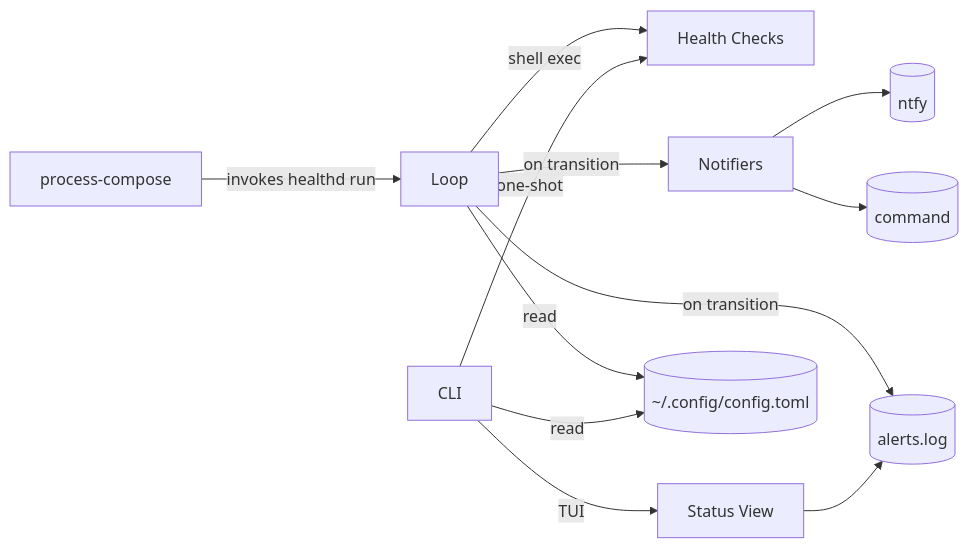
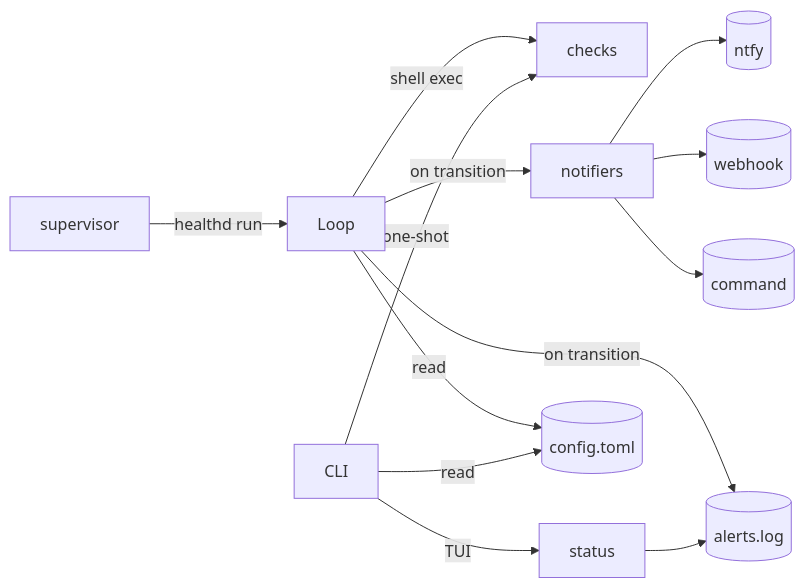
One commit to uinaf/healthd changed the first of 2 diagrams in docs/ARCHITECTURE.md. Above: the diagram before and after it, drawn with Mermaid. The commit also changed other lines of this file and 9 other files, not shown here.

````diff
--- a/docs/ARCHITECTURE.md
+++ b/docs/ARCHITECTURE.md
@@ -7,13 +7,14 @@
 ```mermaid
 graph LR
-  PC[process-compose] -->|invokes healthd run| Loop
-  Loop -->|shell exec| Checks[Health Checks]
-  Loop -->|on transition| Notify[Notifiers]
+  PC[supervisor] -->|healthd run| Loop
+  Loop -->|shell exec| Checks[checks]
+  Loop -->|on transition| Notify[notifiers]
   Loop -->|on transition| Alerts[(alerts.log)]
   Notify --> Ntfy[(ntfy)]
+  Notify --> Webhook[(webhook)]
   Notify --> Cmd[(command)]
   CLI[CLI] -->|one-shot| Checks
-  CLI -->|TUI| Status[Status View]
+  CLI -->|TUI| Status[status]
   Status --> Alerts
-  Loop & CLI -->|read| Config[(~/.config/config.toml)]
+  Loop & CLI -->|read| Config[(config.toml)]
 ```
````
